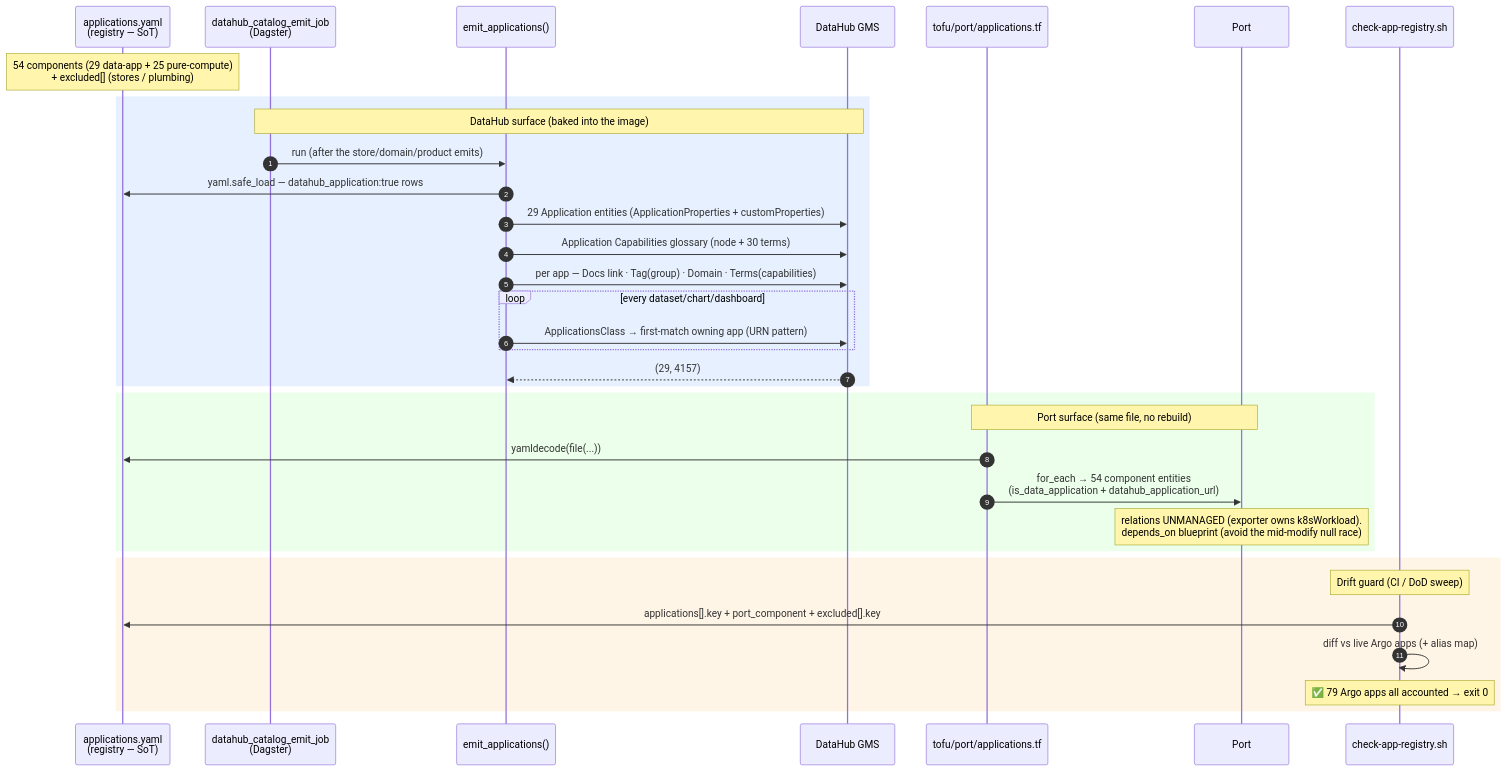
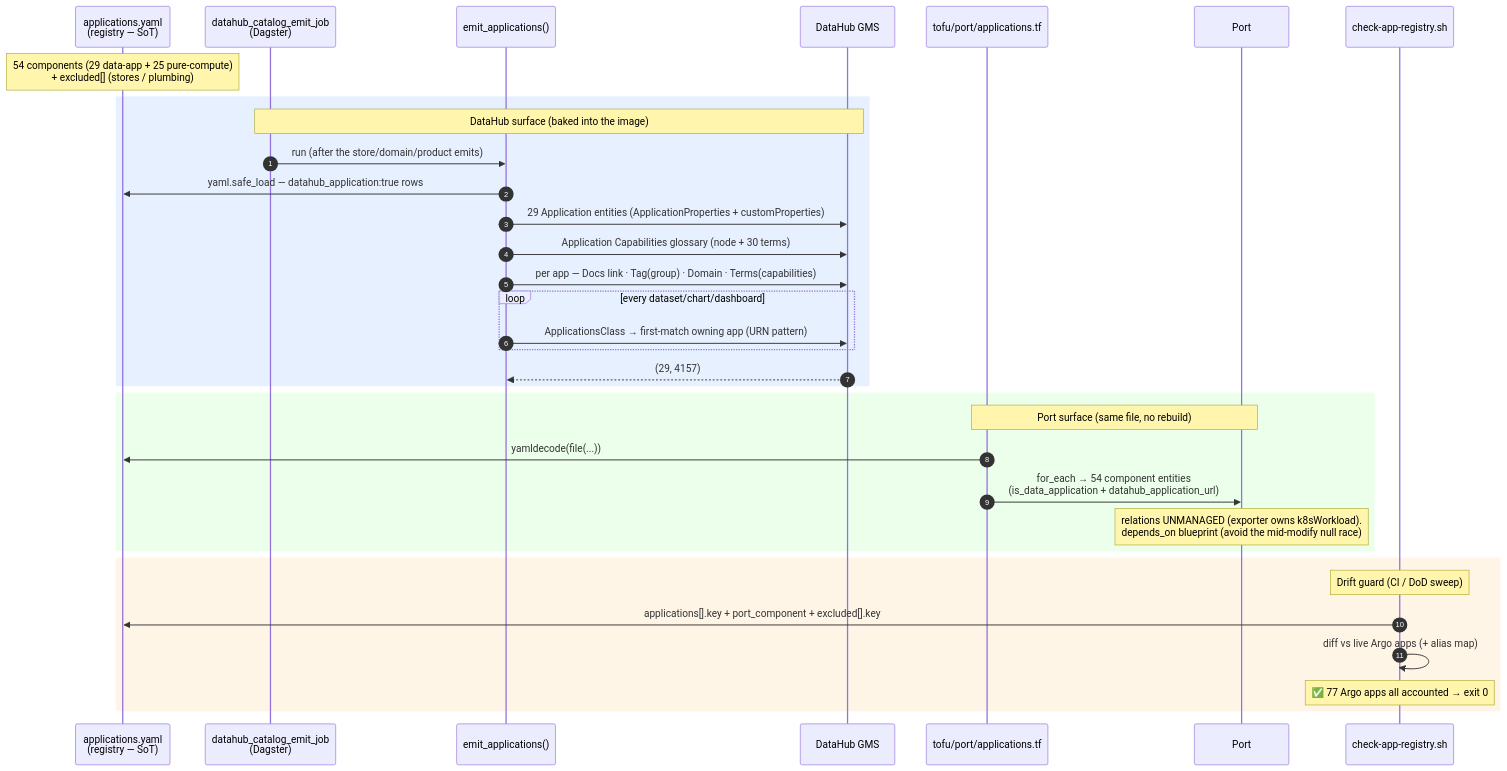
The diagram in docs/diagrams/flow-application-taxonomy.md (edtbl76/weyland-lab), drawn with Mermaid before and after one commit. The commit also changed 18 other files, not shown here.

````diff
--- a/docs/diagrams/flow-application-taxonomy.md
+++ b/docs/diagrams/flow-application-taxonomy.md
@@ -6,40 +6,40 @@
 ```mermaid
 sequenceDiagram
     autonumber
     participant REG as applications.yaml<br/>(registry — SoT)
     participant JOB as datahub_catalog_emit_job<br/>(Dagster)
     participant EMIT as emit_applications()
     participant GMS as DataHub GMS
     participant TF as tofu/port/applications.tf
     participant PORT as Port
     participant CHK as check-app-registry.sh
 
     Note over REG: 54 components (29 data-app + 25 pure-compute)<br/>+ excluded[] (stores / plumbing)
 
     rect rgb(230,240,255)
     Note over JOB,GMS: DataHub surface (baked into the image)
     JOB->>EMIT: run (after the store/domain/product emits)
     EMIT->>REG: yaml.safe_load — datahub_application:true rows
     EMIT->>GMS: 29 Application entities (ApplicationProperties + customProperties)
     EMIT->>GMS: Application Capabilities glossary (node + 30 terms)
     EMIT->>GMS: per app — Docs link · Tag(group) · Domain · Terms(capabilities)
     loop every dataset/chart/dashboard
         EMIT->>GMS: ApplicationsClass → first-match owning app (URN pattern)
     end
     GMS-->>EMIT: (29, 4157)
     end
 
     rect rgb(235,255,235)
     Note over TF,PORT: Port surface (same file, no rebuild)
     TF->>REG: yamldecode(file(...))
     TF->>PORT: for_each → 54 component entities<br/>(is_data_application + datahub_application_url)
     Note over PORT: relations UNMANAGED (exporter owns k8sWorkload).<br/>depends_on blueprint (avoid the mid-modify null race)
     end
 
     rect rgb(255,245,230)
     Note over CHK: Drift guard (CI / DoD sweep)
     CHK->>REG: applications[].key + port_component + excluded[].key
     CHK->>CHK: diff vs live Argo apps (+ alias map)
-    Note over CHK: ✅ 79 Argo apps all accounted → exit 0
+    Note over CHK: ✅ 77 Argo apps all accounted → exit 0
     end
 ```
````
